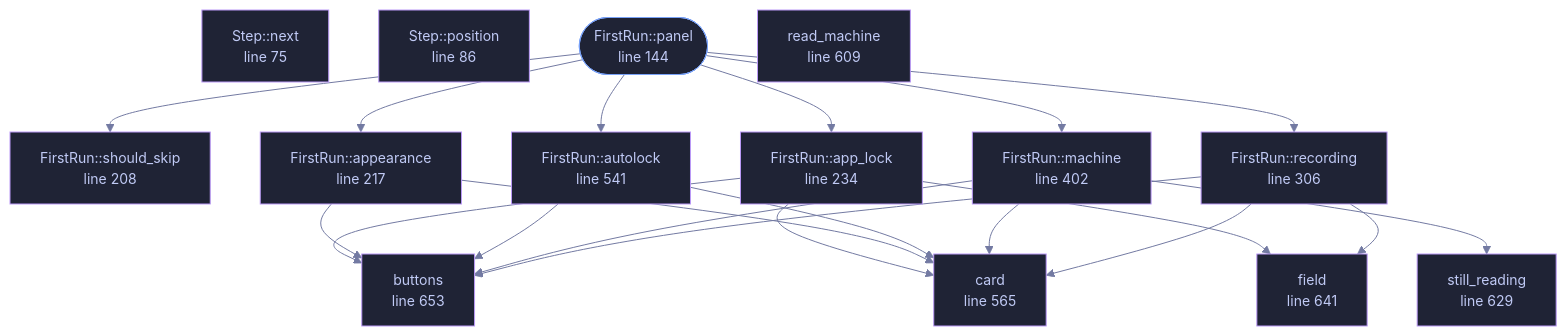
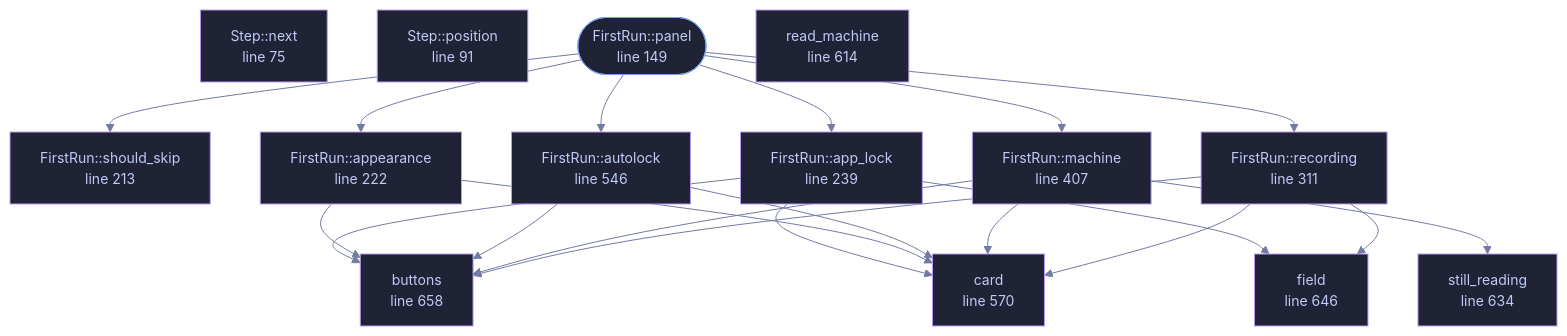
One commit to tilas01/veilvoice changed the diagram in docs/files/veilvoice-gui/firstrun.md. Above: the diagram before and after it, drawn with Mermaid. The commit also changed other lines of this file and 55 other files, not shown here.

````diff
--- a/docs/files/veilvoice-gui/firstrun.md
+++ b/docs/files/veilvoice-gui/firstrun.md
@@ -102,55 +102,55 @@
 ```mermaid
 %%{init: {"theme":"base","themeVariables":{"background":"#1a1b26","primaryColor":"#1f2335","primaryTextColor":"#c0caf5","primaryBorderColor":"#7aa2f7","secondaryColor":"#16161e","tertiaryColor":"#16161e","lineColor":"#737aa2","textColor":"#c0caf5","mainBkg":"#1f2335","nodeBorder":"#7aa2f7","clusterBkg":"#16161e","clusterBorder":"#2f3549","fontFamily":"ui-monospace, SFMono-Regular, Consolas, monospace","fontSize":"14px"}}}%%
 flowchart TD
     n_next["Step::next<br/>line 75"]
-    n_position["Step::position<br/>line 86"]
-    n_panel(["FirstRun::panel<br/>line 144"])
-    n_should_skip["FirstRun::should_skip<br/>line 208"]
-    n_appearance["FirstRun::appearance<br/>line 217"]
-    n_app_lock["FirstRun::app_lock<br/>line 234"]
-    n_recording["FirstRun::recording<br/>line 306"]
-    n_machine["FirstRun::machine<br/>line 402"]
-    n_autolock["FirstRun::autolock<br/>line 541"]
-    n_card["card<br/>line 565"]
-    n_read_machine["read_machine<br/>line 609"]
-    n_still_reading["still_reading<br/>line 629"]
-    n_field["field<br/>line 641"]
-    n_buttons["buttons<br/>line 653"]
+    n_position["Step::position<br/>line 91"]
+    n_panel(["FirstRun::panel<br/>line 149"])
+    n_should_skip["FirstRun::should_skip<br/>line 213"]
+    n_appearance["FirstRun::appearance<br/>line 222"]
+    n_app_lock["FirstRun::app_lock<br/>line 239"]
+    n_recording["FirstRun::recording<br/>line 311"]
+    n_machine["FirstRun::machine<br/>line 407"]
+    n_autolock["FirstRun::autolock<br/>line 546"]
+    n_card["card<br/>line 570"]
+    n_read_machine["read_machine<br/>line 614"]
+    n_still_reading["still_reading<br/>line 634"]
+    n_field["field<br/>line 646"]
+    n_buttons["buttons<br/>line 658"]
     n_app_lock --> n_buttons
     n_app_lock --> n_card
     n_app_lock --> n_field
     n_appearance --> n_buttons
     n_appearance --> n_card
     n_autolock --> n_buttons
     n_autolock --> n_card
     n_machine --> n_buttons
     n_machine --> n_card
     n_machine --> n_still_reading
     n_panel --> n_app_lock
     n_panel --> n_appearance
     n_panel --> n_autolock
     n_panel --> n_machine
     n_panel --> n_recording
     n_panel --> n_should_skip
     n_recording --> n_buttons
     n_recording --> n_card
     n_recording --> n_field
     click n_next href "https://github.com/tilas01/veilvoice/blob/main/crates/veilvoice-gui/src/firstrun.rs#L75" "open the source"
-    click n_position href "https://github.com/tilas01/veilvoice/blob/main/crates/veilvoice-gui/src/firstrun.rs#L86" "open the source"
-    click n_panel href "https://github.com/tilas01/veilvoice/blob/main/crates/veilvoice-gui/src/firstrun.rs#L144" "open the source"
-    click n_should_skip href "https://github.com/tilas01/veilvoice/blob/main/crates/veilvoice-gui/src/firstrun.rs#L208" "open the source"
-    click n_appearance href "https://github.com/tilas01/veilvoice/blob/main/crates/veilvoice-gui/src/firstrun.rs#L217" "open the source"
-    click n_app_lock href "https://github.com/tilas01/veilvoice/blob/main/crates/veilvoice-gui/src/firstrun.rs#L234" "open the source"
-    click n_recording href "https://github.com/tilas01/veilvoice/blob/main/crates/veilvoice-gui/src/firstrun.rs#L306" "open the source"
-    click n_machine href "https://github.com/tilas01/veilvoice/blob/main/crates/veilvoice-gui/src/firstrun.rs#L402" "open the source"
-    click n_autolock href "https://github.com/tilas01/veilvoice/blob/main/crates/veilvoice-gui/src/firstrun.rs#L541" "open the source"
-    click n_card href "https://github.com/tilas01/veilvoice/blob/main/crates/veilvoice-gui/src/firstrun.rs#L565" "open the source"
-    click n_read_machine href "https://github.com/tilas01/veilvoice/blob/main/crates/veilvoice-gui/src/firstrun.rs#L609" "open the source"
-    click n_still_reading href "https://github.com/tilas01/veilvoice/blob/main/crates/veilvoice-gui/src/firstrun.rs#L629" "open the source"
-    click n_field href "https://github.com/tilas01/veilvoice/blob/main/crates/veilvoice-gui/src/firstrun.rs#L641" "open the source"
-    click n_buttons href "https://github.com/tilas01/veilvoice/blob/main/crates/veilvoice-gui/src/firstrun.rs#L653" "open the source"
+    click n_position href "https://github.com/tilas01/veilvoice/blob/main/crates/veilvoice-gui/src/firstrun.rs#L91" "open the source"
+    click n_panel href "https://github.com/tilas01/veilvoice/blob/main/crates/veilvoice-gui/src/firstrun.rs#L149" "open the source"
+    click n_should_skip href "https://github.com/tilas01/veilvoice/blob/main/crates/veilvoice-gui/src/firstrun.rs#L213" "open the source"
+    click n_appearance href "https://github.com/tilas01/veilvoice/blob/main/crates/veilvoice-gui/src/firstrun.rs#L222" "open the source"
+    click n_app_lock href "https://github.com/tilas01/veilvoice/blob/main/crates/veilvoice-gui/src/firstrun.rs#L239" "open the source"
+    click n_recording href "https://github.com/tilas01/veilvoice/blob/main/crates/veilvoice-gui/src/firstrun.rs#L311" "open the source"
+    click n_machine href "https://github.com/tilas01/veilvoice/blob/main/crates/veilvoice-gui/src/firstrun.rs#L407" "open the source"
+    click n_autolock href "https://github.com/tilas01/veilvoice/blob/main/crates/veilvoice-gui/src/firstrun.rs#L546" "open the source"
+    click n_card href "https://github.com/tilas01/veilvoice/blob/main/crates/veilvoice-gui/src/firstrun.rs#L570" "open the source"
+    click n_read_machine href "https://github.com/tilas01/veilvoice/blob/main/crates/veilvoice-gui/src/firstrun.rs#L614" "open the source"
+    click n_still_reading href "https://github.com/tilas01/veilvoice/blob/main/crates/veilvoice-gui/src/firstrun.rs#L634" "open the source"
+    click n_field href "https://github.com/tilas01/veilvoice/blob/main/crates/veilvoice-gui/src/firstrun.rs#L646" "open the source"
+    click n_buttons href "https://github.com/tilas01/veilvoice/blob/main/crates/veilvoice-gui/src/firstrun.rs#L658" "open the source"
     classDef entry fill:#1f2335,stroke:#7aa2f7,color:#c0caf5
     class n_panel entry
     classDef helper fill:#1f2335,stroke:#bb9af7,color:#c0caf5
     class n_next,n_position,n_should_skip,n_appearance,n_app_lock,n_recording,n_machine,n_autolock,n_card,n_read_machine,n_still_reading,n_field,n_buttons helper
 ```
````
